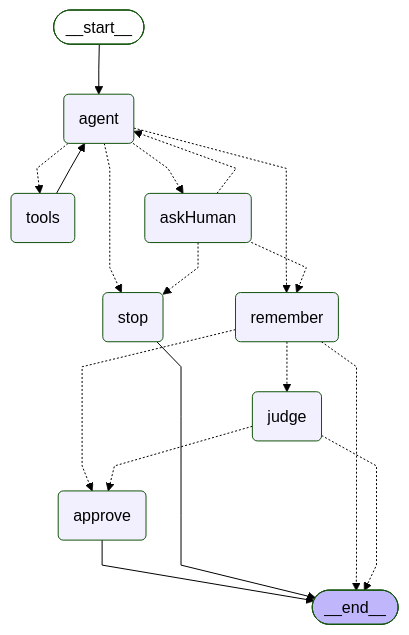
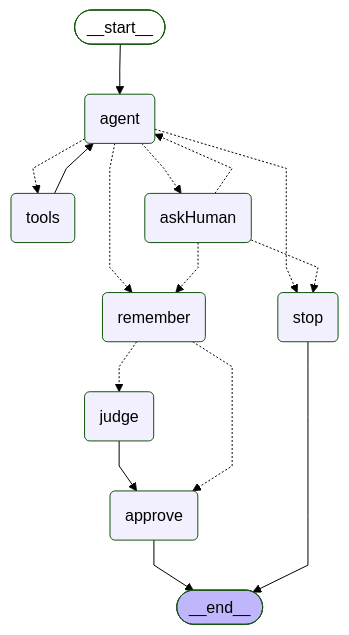
The diagram in docs/graphs/agent.md (mwmw7/airforce-agentic-ai), drawn with Mermaid (forest theme) before and after one commit. The commit also changed 4 other files, not shown here.

````diff
--- a/docs/graphs/agent.md
+++ b/docs/graphs/agent.md
@@ -3,33 +3,31 @@
 ```mermaid
 %%{init: {'flowchart': {'curve': 'linear'}}}%%
 graph TD;
 	__start__([<p>__start__</p>]):::first
 	agent(agent)
 	tools(tools)
 	askHuman(askHuman)
 	remember(remember)
 	judge(judge)
 	approve(approve)
 	stop(stop)
 	__end__([<p>__end__</p>]):::last
 	__start__ --> agent;
 	approve --> __end__;
+	judge --> approve;
 	stop --> __end__;
 	tools --> agent;
 	agent -.-> tools;
 	agent -.-> remember;
 	agent -.-> stop;
 	agent -.-> askHuman;
 	askHuman -.-> agent;
 	askHuman -.-> remember;
 	askHuman -.-> stop;
 	remember -.-> judge;
 	remember -.-> approve;
-	remember -.-> __end__;
-	judge -.-> approve;
-	judge -.-> __end__;
 	classDef default fill:#f2f0ff,line-height:1.2;
 	classDef first fill-opacity:0;
 	classDef last fill:#bfb6fc;
 
 ```
````
